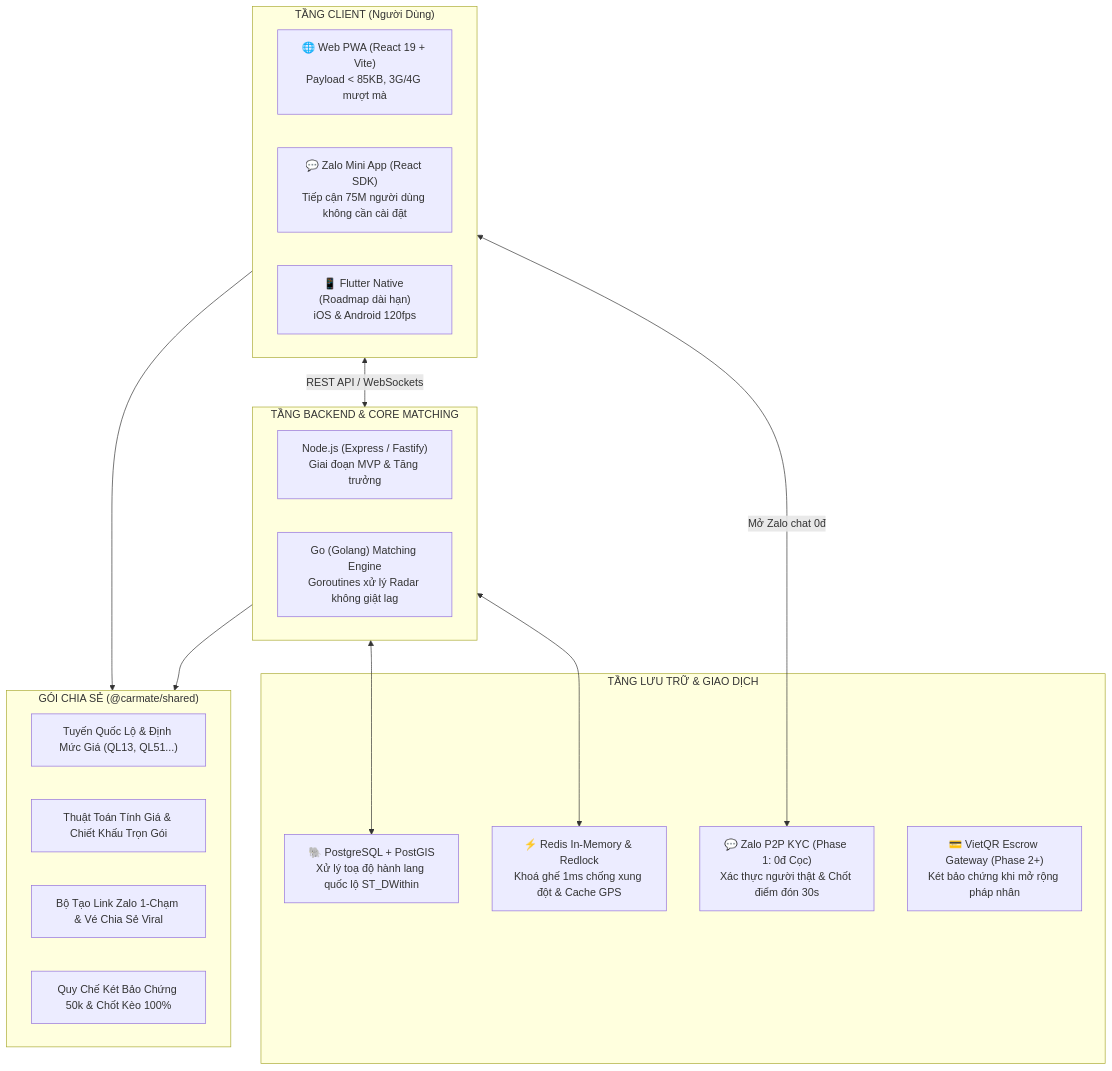
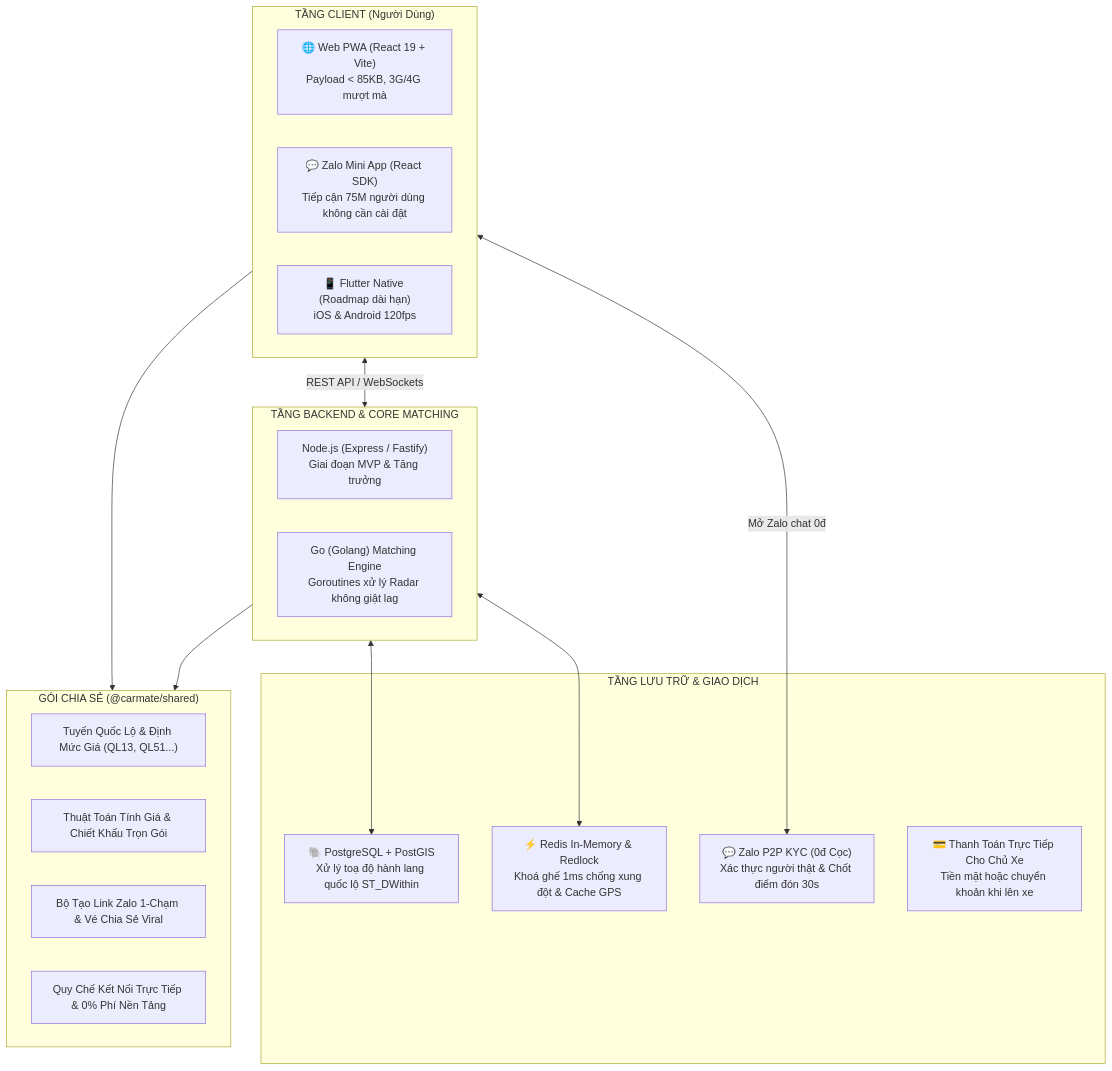
One commit to brianhuynh2021/carmate changed the first of 5 diagrams in ARCHITECTURE.md. Above: the diagram before and after it, drawn with Mermaid. The commit also changed other lines of this file and 15 other files, not shown here.

````diff
--- a/ARCHITECTURE.md
+++ b/ARCHITECTURE.md
@@ -10,34 +10,34 @@
 ```mermaid
 graph TB
     subgraph CLIENT_TIER ["TẦNG CLIENT (Người Dùng)"]
         WebPWA["🌐 Web PWA (React 19 + Vite)<br>Payload < 85KB, 3G/4G mượt mà"]
         ZaloMini["💬 Zalo Mini App (React SDK)<br>Tiếp cận 75M người dùng không cần cài đặt"]
         MobileApp["📱 Flutter Native (Roadmap dài hạn)<br>iOS & Android 120fps"]
     end
 
     subgraph SHARED_CORE ["GÓI CHIA SẺ (@carmate/shared)"]
         RoutesConst["Tuyến Quốc Lộ & Định Mức Giá (QL13, QL51...)"]
         PricingEngine["Thuật Toán Tính Giá & Chiết Khấu Trọn Gói"]
         ZaloHelper["Bộ Tạo Link Zalo 1-Chạm & Vé Chia Sẻ Viral"]
-        Policies["Quy Chế Két Bảo Chứng 50k & Chốt Kèo 100%"]
+        Policies["Quy Chế Kết Nối Trực Tiếp & 0% Phí Nền Tảng"]
     end
 
     subgraph API_GATEWAY ["TẦNG BACKEND & CORE MATCHING"]
         NodeAPI["Node.js (Express / Fastify)<br>Giai đoạn MVP & Tăng trưởng"]
         GoCore["Go (Golang) Matching Engine<br>Goroutines xử lý Radar không giật lag"]
     end
 
     subgraph DATA_TIER ["TẦNG LƯU TRỮ & GIAO DỊCH"]
         Postgres["🐘 PostgreSQL + PostGIS<br>Xử lý toạ độ hành lang quốc lộ ST_DWithin"]
         Redis["⚡ Redis In-Memory & Redlock<br>Khoá ghế 1ms chống xung đột & Cache GPS"]
-        ZaloKYC["💬 Zalo P2P KYC (Phase 1: 0đ Cọc)<br>Xác thực người thật & Chốt điểm đón 30s"]
-        VietQREscrow["💳 VietQR Escrow Gateway (Phase 2+)<br>Két bảo chứng khi mở rộng pháp nhân"]
+        ZaloKYC["💬 Zalo P2P KYC (0đ Cọc)<br>Xác thực người thật & Chốt điểm đón 30s"]
+        DirectPayment["💳 Thanh Toán Trực Tiếp Cho Chủ Xe<br>Tiền mặt hoặc chuyển khoản khi lên xe"]
     end
 
     CLIENT_TIER --> SHARED_CORE
     API_GATEWAY --> SHARED_CORE
     CLIENT_TIER <-->|"REST API / WebSockets"| API_GATEWAY
     API_GATEWAY <--> Postgres
     API_GATEWAY <--> Redis
     CLIENT_TIER <-->|"Mở Zalo chat 0đ"| ZaloKYC
 ```
````
